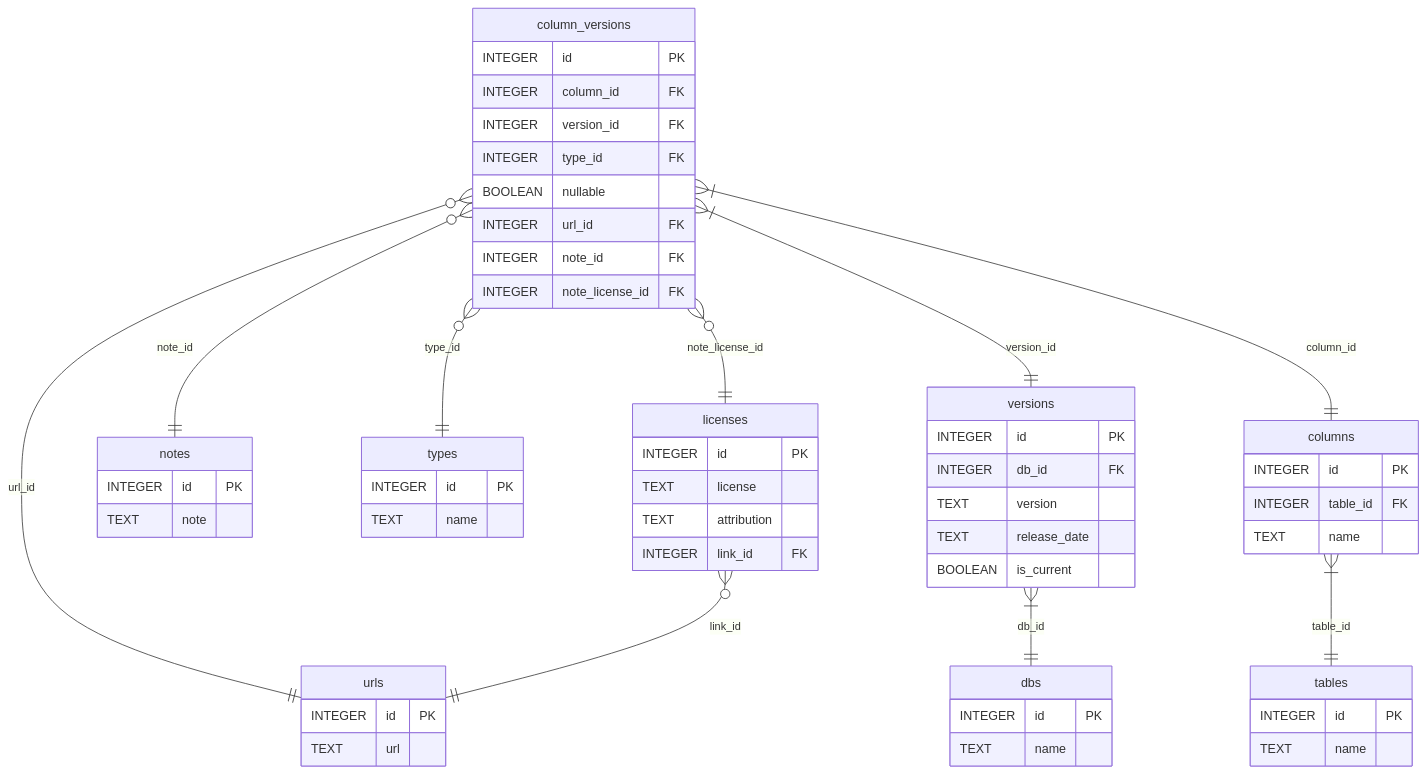
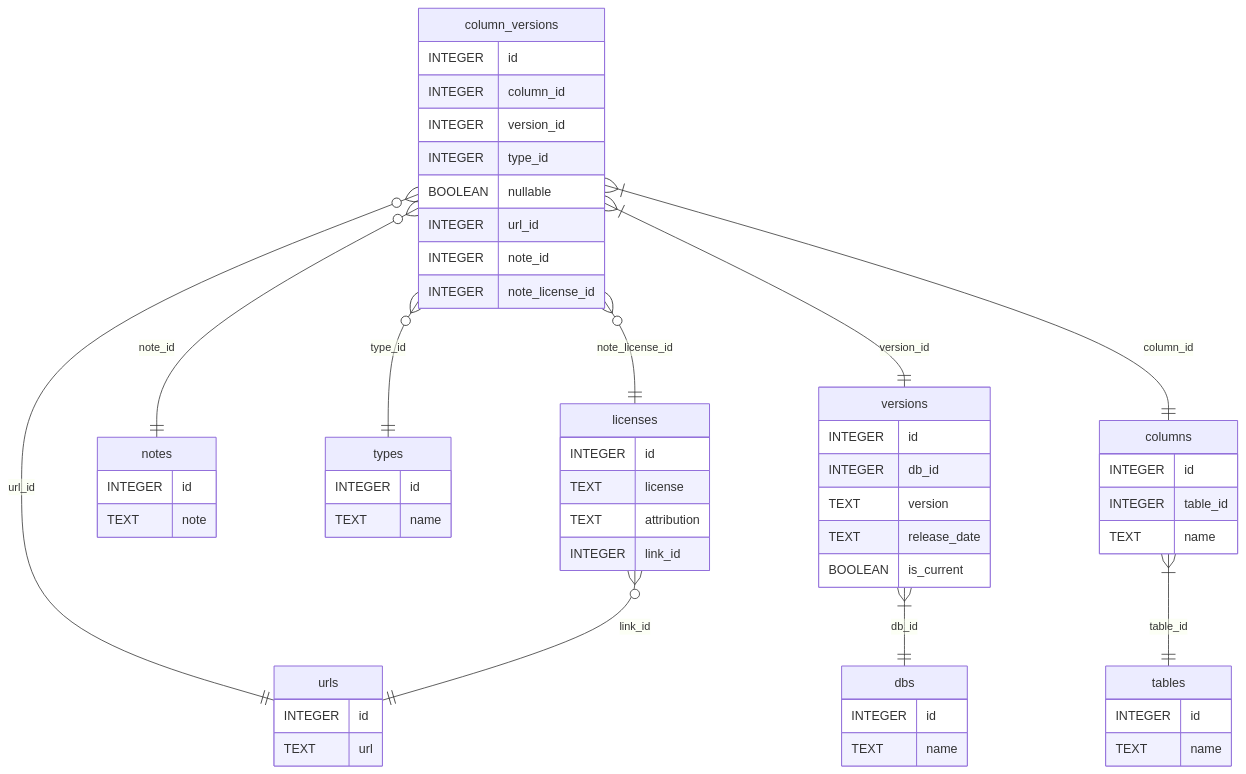
Before and after one commit to i-s-compat-table/i.s.compat.table: the second of 2 diagrams in CONTRIBUTING.md, drawn with Mermaid. The commit also changed other lines of this file and 2 other files, not shown here.

Commit message:
docs: add reporting/patching workflow, fix ERD

````diff
--- a/CONTRIBUTING.md
+++ b/CONTRIBUTING.md
@@ -85,60 +89,60 @@
 ```mermaid
 erDiagram
   column_versions {
-    INTEGER id PK
-    INTEGER column_id FK
-    INTEGER version_id FK
-    INTEGER type_id FK
+    INTEGER id
+    INTEGER column_id
+    INTEGER version_id
+    INTEGER type_id
     BOOLEAN nullable
-    INTEGER url_id FK
-    INTEGER note_id FK
-    INTEGER note_license_id FK
+    INTEGER url_id
+    INTEGER note_id
+    INTEGER note_license_id
   }
   column_versions }o--|| licenses : note_license_id
   column_versions }o--|| notes : note_id
   column_versions }o--|| urls : url_id
   column_versions }o--|| types : type_id
   column_versions }|--|| versions : version_id
   column_versions }|--|| columns : column_id
   columns {
-    INTEGER id PK
-    INTEGER table_id FK
+    INTEGER id
+    INTEGER table_id
     TEXT name
   }
   columns }|--|| tables : table_id
   dbs {
-    INTEGER id PK
+    INTEGER id
     TEXT name
   }
   licenses {
-    INTEGER id PK
+    INTEGER id
     TEXT license
     TEXT attribution
-    INTEGER link_id FK
+    INTEGER link_id
   }
   licenses }o--|| urls : link_id
   notes {
-    INTEGER id PK
+    INTEGER id
     TEXT note
   }
   tables {
-    INTEGER id PK
+    INTEGER id
     TEXT name
   }
   types {
-    INTEGER id PK
+    INTEGER id
     TEXT name
   }
   urls {
-    INTEGER id PK
+    INTEGER id
     TEXT url
   }
   versions {
-    INTEGER id PK
-    INTEGER db_id FK
+    INTEGER id
+    INTEGER db_id
     TEXT version
     TEXT release_date
     BOOLEAN is_current
   }
   versions }|--|| dbs : db_id
 ```
````
